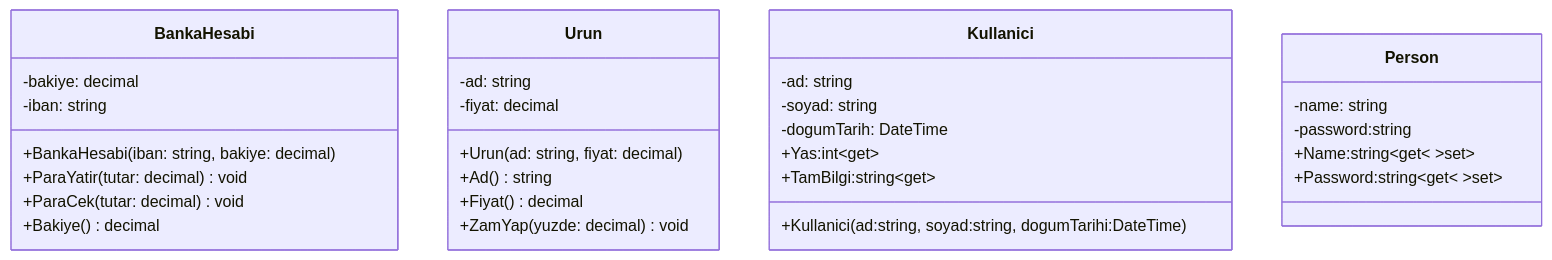
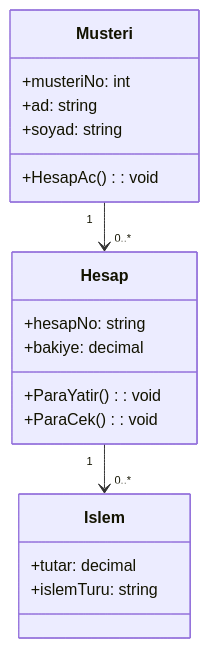
Before and after one commit to ibrahimayaz/Nesne-Yonelimli-Programlama-2025: the sixth of 9 diagrams in Hafta03/README.md, drawn with Mermaid. The commit also changed other lines of this file and 22 other files, not shown here.

````diff
--- a/Hafta03/README.md
+++ b/Hafta03/README.md
@@ -10,38 +193,24 @@
 ```mermaid
 classDiagram
-    class BankaHesabi {
-      -bakiye: decimal
-      -iban: string
-      +BankaHesabi(iban: string, bakiye: decimal)
-      +ParaYatir(tutar: decimal) void
-      +ParaCek(tutar: decimal) void
-      +Bakiye() decimal
+    class Musteri {
+        +musteriNo: int
+        +ad: string
+        +soyad: string
+        +HesapAc(): void
     }
 
-    class Urun {
-      -ad: string
-      -fiyat: decimal
-      +Urun(ad: string, fiyat: decimal)
-      +Ad() string
-      +Fiyat() decimal
-      +ZamYap(yuzde: decimal) void
+    class Hesap {
+        +hesapNo: string
+        +bakiye: decimal
+        +ParaYatir(): void
+        +ParaCek(): void
     }
 
-    class Kullanici {
-      -ad: string
-      -soyad: string
-      -dogumTarih: DateTime
-      +Yas:int~get~
-      +TamBilgi:string~get~
-      +Kullanici(ad:string, soyad:string, dogumTarihi:DateTime)
+    class Islem {
+        +tutar: decimal
+        +islemTuru: string
     }
- 
 
-    class Person {
-      -name: string
-      -password:string
-      +Name:string~get~ ~set~
-      +Password:string~get~ ~set~
-    }
-    
+    Musteri "1" --> "0..*" Hesap
+    Hesap "1" --> "0..*" Islem
 ```
````
